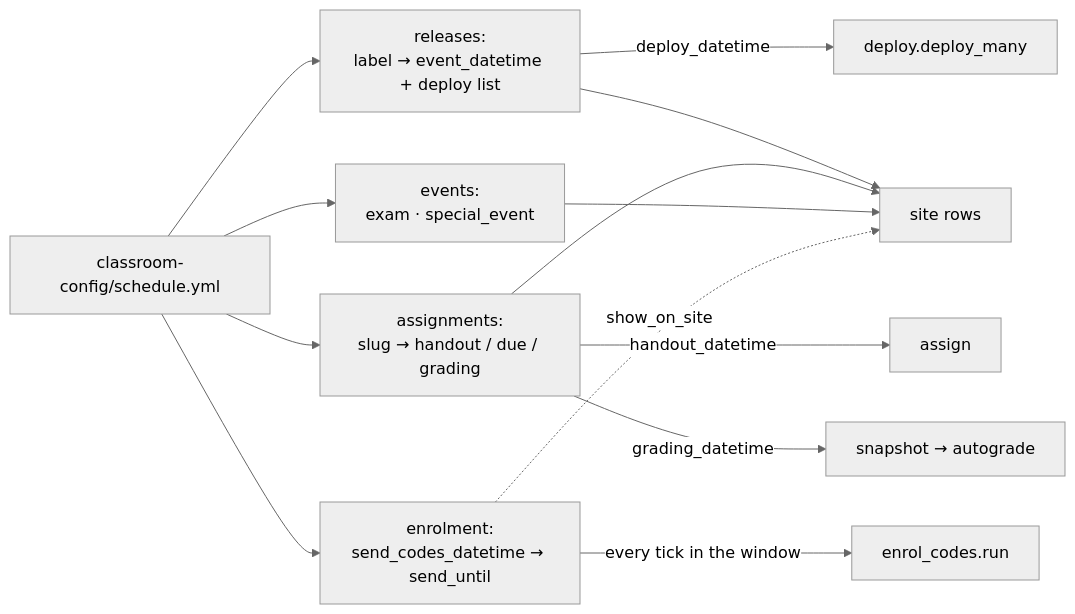
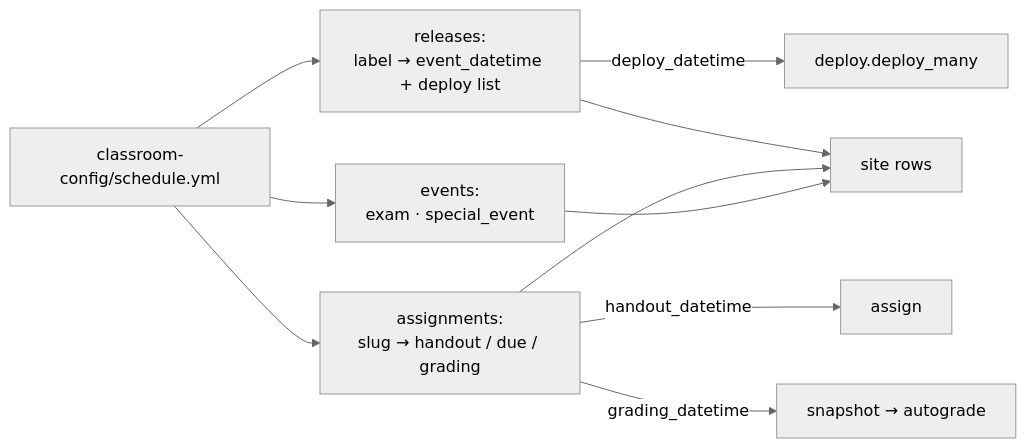
One commit to hertie-data-science-lab/dsl-teaching-toolkit changed the seventh of 10 diagrams in docs-admin-arch/architecture.md. Above: the diagram before and after it, drawn with Mermaid (neutral theme). The commit also changed other lines of this file and 12 other files, not shown here.

````diff
--- a/docs-admin-arch/architecture.md
+++ b/docs-admin-arch/architecture.md
@@ -325,20 +325,16 @@
 ```mermaid
 flowchart LR
   s["classroom-config/schedule.yml"]
   s --> r["`releases:
 label → event_datetime + deploy list`"]
   s --> a["`assignments:
 slug → handout / due / grading`"]
   s --> e["`events:
 exam · special_event`"]
-  s --> n["`enrolment:
-send_codes_datetime → send_until`"]
   r -->|"deploy_datetime"| dep["deploy.deploy_many"]
   a -->|"handout_datetime"| asg["assign"]
   a -->|"grading_datetime"| col["snapshot → autograde"]
-  n -->|"every tick in the window"| enr["enrol_codes.run"]
   r --> site["site rows"]
   a --> site
   e --> site
-  n -.->|"show_on_site"| site
 ```
````
